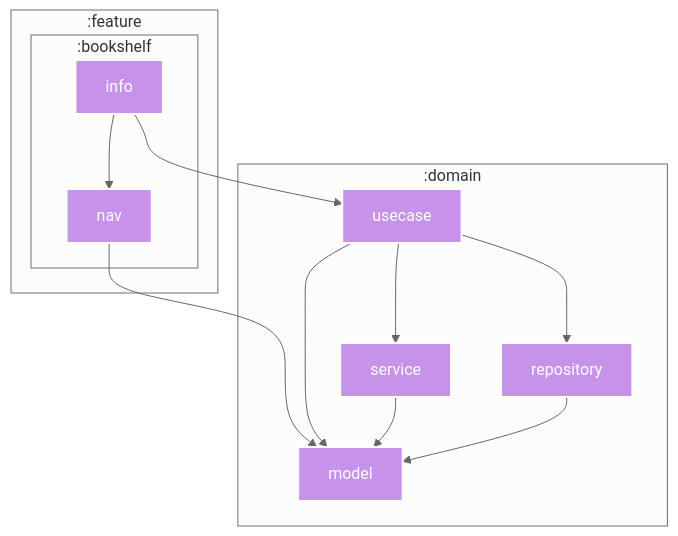
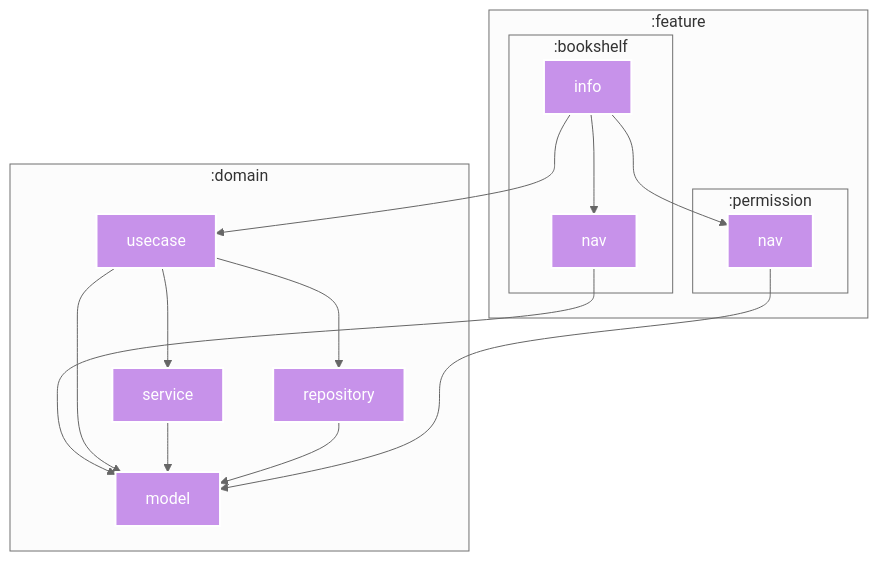
Before and after one commit to SorrowBlue/ComicViewer: the diagram in feature/bookshelf/info/README.md, drawn with Mermaid. The commit also changed 46 other files, not shown here.

Commit message:
feat: add permission feature to module dependency graph

````diff
--- a/feature/bookshelf/info/README.md
+++ b/feature/bookshelf/info/README.md
@@ -5,44 +5,51 @@
 ```mermaid
 %%{
   init: {
     'theme': 'neutral'
   }
 }%%
 
 graph TB
   subgraph :feature
     subgraph :bookshelf
       :feature:bookshelf:info["info"]
       :feature:bookshelf:nav["nav"]
       :feature:bookshelf:nav["nav"]
+    end
+    subgraph :permission
+      :feature:permission:nav["nav"]
+      :feature:permission:nav["nav"]
     end
   end
   subgraph :domain
     :domain:usecase["usecase"]
     :domain:model["model"]
     :domain:usecase["usecase"]
     :domain:model["model"]
     :domain:repository["repository"]
     :domain:service["service"]
     :domain:service["service"]
     :domain:repository["repository"]
   end
 
   :feature:bookshelf:info --> :domain:usecase
   :feature:bookshelf:info --> :feature:bookshelf:nav
+  :feature:bookshelf:info --> :feature:permission:nav
   :feature:bookshelf:nav --> :domain:model
   :domain:usecase --> :domain:model
   :domain:usecase --> :domain:repository
   :domain:usecase --> :domain:service
   :domain:service --> :domain:model
   :domain:repository --> :domain:model
+  :feature:permission:nav --> :domain:model
 
 classDef kotlin-multiplatform fill:#C792EA,stroke:#fff,stroke-width:2px,color:#fff;
 class :feature:bookshelf:info kotlin-multiplatform
 class :domain:usecase kotlin-multiplatform
 class :feature:bookshelf:nav kotlin-multiplatform
+class :feature:permission:nav kotlin-multiplatform
 class :domain:model kotlin-multiplatform
 class :domain:repository kotlin-multiplatform
 class :domain:service kotlin-multiplatform
 
 ```
````
